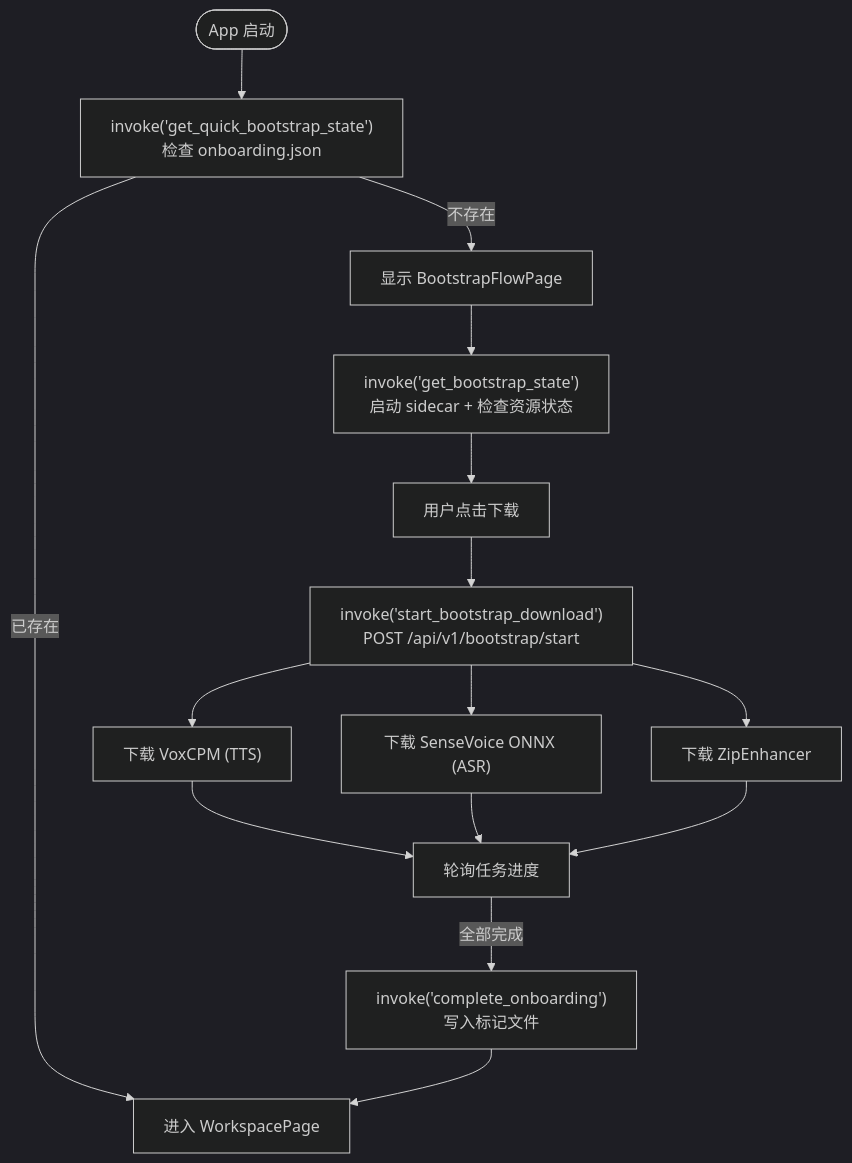
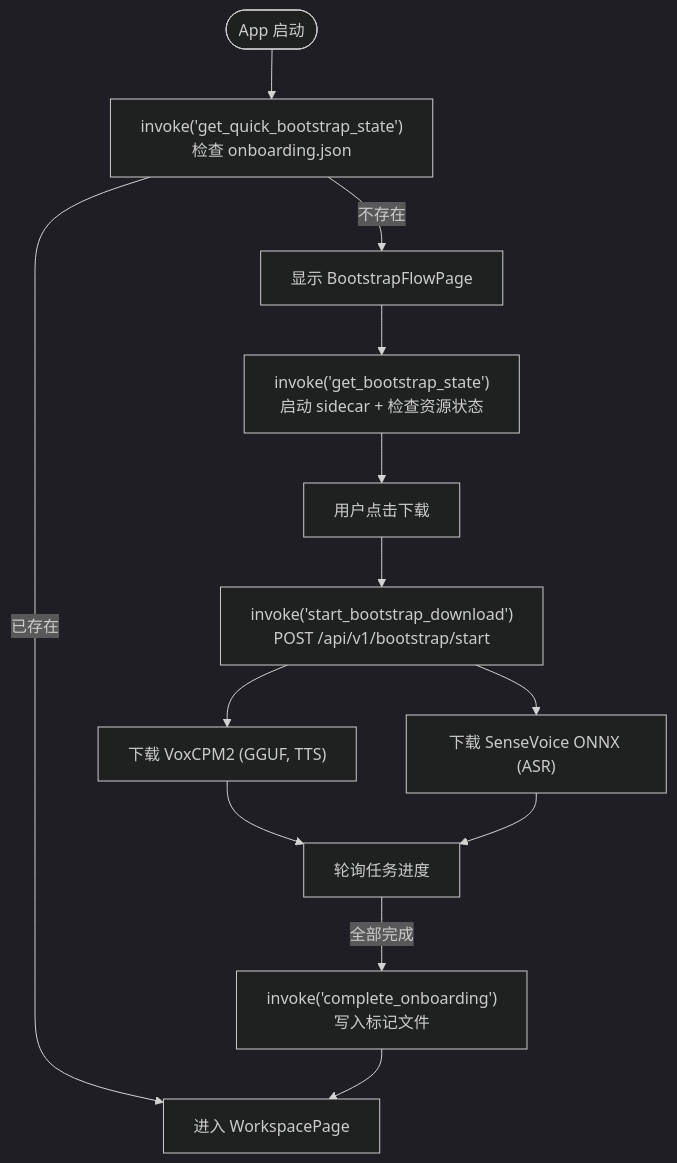
One commit to ZMXJJ/Voca changed the sixth of 7 diagrams in docs/architecture.md. Above: the diagram before and after it, drawn with Mermaid (dark theme). The commit also changed other lines of this file and 6 other files, not shown here.

````diff
--- a/docs/architecture.md
+++ b/docs/architecture.md
@@ -236,21 +238,19 @@
 ```mermaid
 flowchart TD
     Start([App 启动]) --> QuickCheck["invoke('get_quick_bootstrap_state')<br/>检查 onboarding.json"]
     QuickCheck -->|不存在| Bootstrap["显示 BootstrapFlowPage"]
     QuickCheck -->|已存在| Workspace["进入 WorkspacePage"]
 
     Bootstrap --> GetState["invoke('get_bootstrap_state')<br/>启动 sidecar + 检查资源状态"]
     GetState --> UserClick["用户点击下载"]
     UserClick --> StartDL["invoke('start_bootstrap_download')<br/>POST /api/v1/bootstrap/start"]
 
-    StartDL --> DL_TTS["下载 VoxCPM (TTS)"]
+    StartDL --> DL_TTS["下载 VoxCPM2 (GGUF, TTS)"]
     StartDL --> DL_ASR["下载 SenseVoice ONNX (ASR)"]
-    StartDL --> DL_ENH["下载 ZipEnhancer"]
 
     DL_TTS --> Poll["轮询任务进度"]
     DL_ASR --> Poll
-    DL_ENH --> Poll
 
     Poll -->|全部完成| Complete["invoke('complete_onboarding')<br/>写入标记文件"]
     Complete --> Workspace
 ```
````
